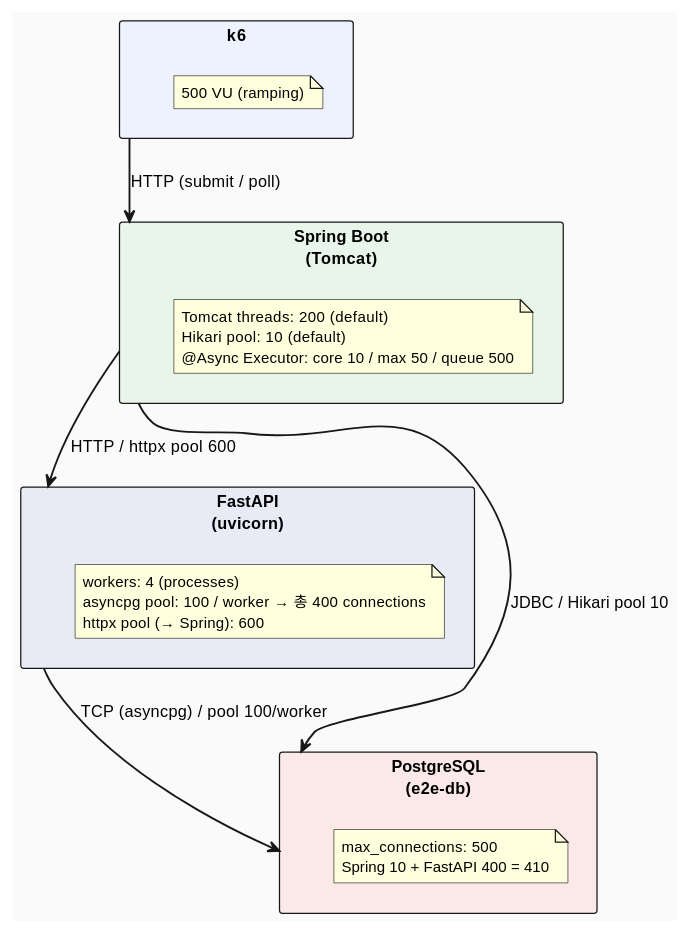
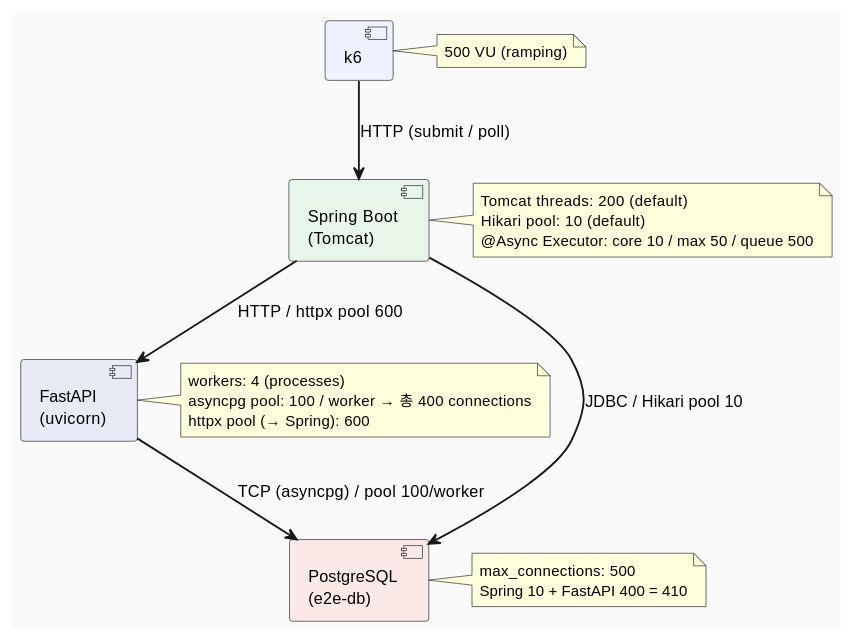
The diagram in docs/개선/500vu-load-test-optimization.md (heeyoungha/jazzmateShop), drawn with PlantUML before and after one commit. The commit also changed 5 other files, not shown here.

````diff
--- a/docs/개선/500vu-load-test-optimization.md
+++ b/docs/개선/500vu-load-test-optimization.md
@@ -30,45 +30,41 @@
 ```plantuml
 @startuml
 skinparam backgroundColor #FAFAFA
 skinparam defaultFontSize 13
 skinparam componentFontSize 13
 skinparam noteFontSize 12
 skinparam arrowThickness 1.5
-skinparam componentStyle rectangle
 
-component "k6" as k6 #EEF2FF {
-  note as k6note
-    500 VU (ramping)
-  end note
-}
+component "k6" as k6 #EEF2FF
+component "Spring Boot\n(Tomcat)" as spring #E8F5E9
+component "FastAPI\n(uvicorn)" as fastapi #E8EAF6
+component "PostgreSQL\n(e2e-db)" as pg #FBE9E7
 
-component "Spring Boot\n(Tomcat)" as spring #E8F5E9 {
-  note as springnote
-    Tomcat threads: 200 (default)
-    Hikari pool: 10 (default)
-    @Async Executor: core 10 / max 50 / queue 500
-  end note
-}
+note right of k6
+  500 VU (ramping)
+end note
 
-component "FastAPI\n(uvicorn)" as fastapi #E8EAF6 {
-  note as fastapinote
-    workers: 4 (processes)
-    asyncpg pool: 100 / worker → 총 400 connections
-    httpx pool (→ Spring): 600
-  end note
-}
+note right of spring
+  Tomcat threads: 200 (default)
+  Hikari pool: 10 (default)
+  @Async Executor: core 10 / max 50 / queue 500
+end note
 
-component "PostgreSQL\n(e2e-db)" as pg #FBE9E7 {
-  note as pgnote
-    max_connections: 500
-    Spring 10 + FastAPI 400 = 410
-  end note
-}
+note right of fastapi
+  workers: 4 (processes)
+  asyncpg pool: 100 / worker → 총 400 connections
+  httpx pool (→ Spring): 600
+end note
+
+note right of pg
+  max_connections: 500
+  Spring 10 + FastAPI 400 = 410
+end note
 
 k6 --> spring : HTTP (submit / poll)
 spring --> fastapi : HTTP / httpx pool 600
 spring --> pg : JDBC / Hikari pool 10
 fastapi --> pg : TCP (asyncpg) / pool 100/worker
 
 @enduml
 ```
````
